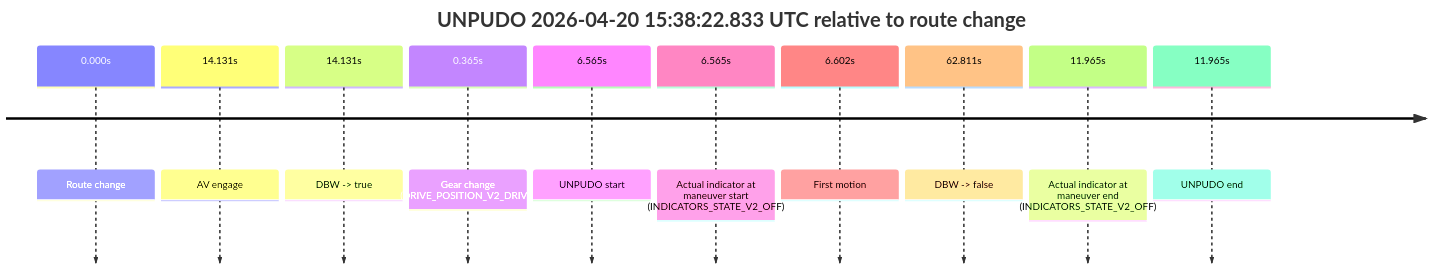
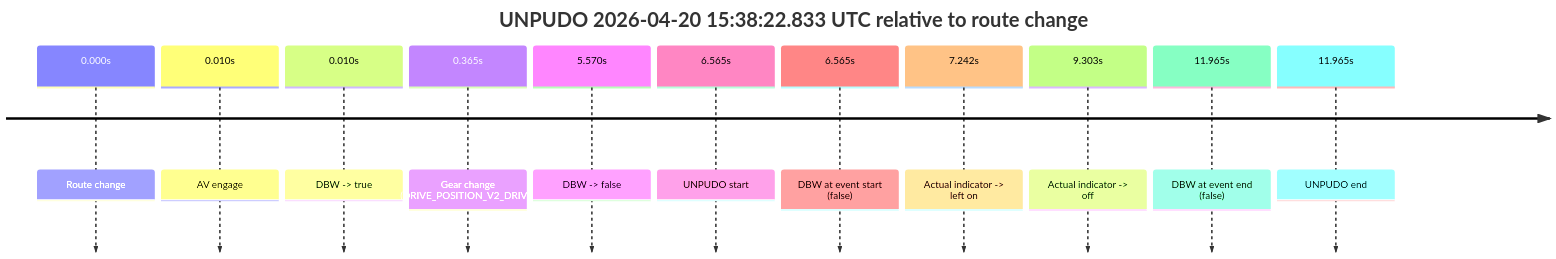
The seventh of 10 diagrams in model_analysis/report_cards/2026/04/Week-4/fme10005--2026-04-20--13-43-30--gen2-av-1cf69e8e-fc53-4334-aca9-89918a4f3427.md (yoelshapiro/vault), drawn with Mermaid before and after one commit. The commit also changed other lines of this file and 85 other files, not shown here.

````diff
--- a/model_analysis/report_cards/2026/04/Week-4/fme10005--2026-04-20--13-43-30--gen2-av-1cf69e8e-fc53-4334-aca9-89918a4f3427.md
+++ b/model_analysis/report_cards/2026/04/Week-4/fme10005--2026-04-20--13-43-30--gen2-av-1cf69e8e-fc53-4334-aca9-89918a4f3427.md
@@ -559,14 +582,15 @@
 ```mermaid
 timeline
     title UNPUDO 2026-04-20 15:38:22.833 UTC relative to route change
     0.000s : Route change
-    14.131s : AV engage
-    14.131s : DBW -> true
+    0.010s : AV engage
+    0.010s : DBW -> true
     0.365s : Gear change (DRIVE_POSITION_V2_DRIVE)
+    5.570s : DBW -> false
     6.565s : UNPUDO start
-    6.565s : Actual indicator at maneuver start (INDICATORS_STATE_V2_OFF)
-    6.602s : First motion
-    62.811s : DBW -> false
-    11.965s : Actual indicator at maneuver end (INDICATORS_STATE_V2_OFF)
+    6.565s : DBW at event start (false)
+    7.242s : Actual indicator -> left on
+    9.303s : Actual indicator -> off
+    11.965s : DBW at event end (false)
     11.965s : UNPUDO end
 ```
````
